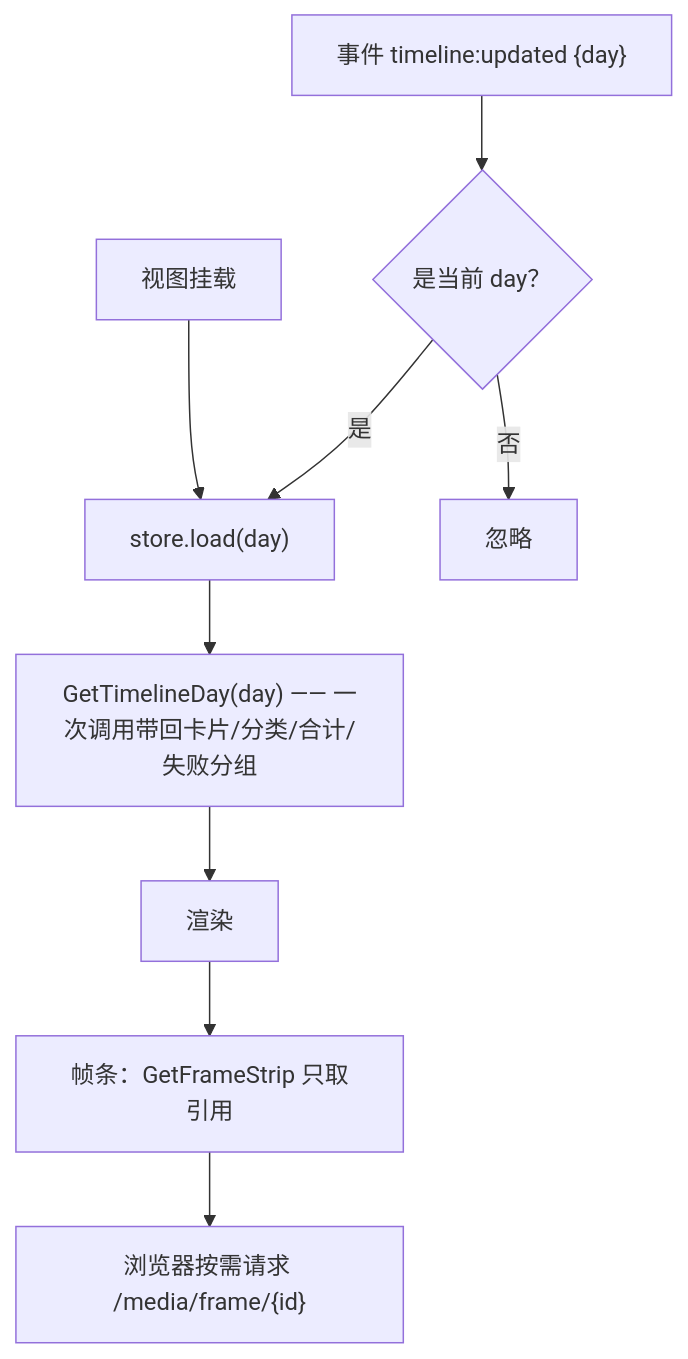
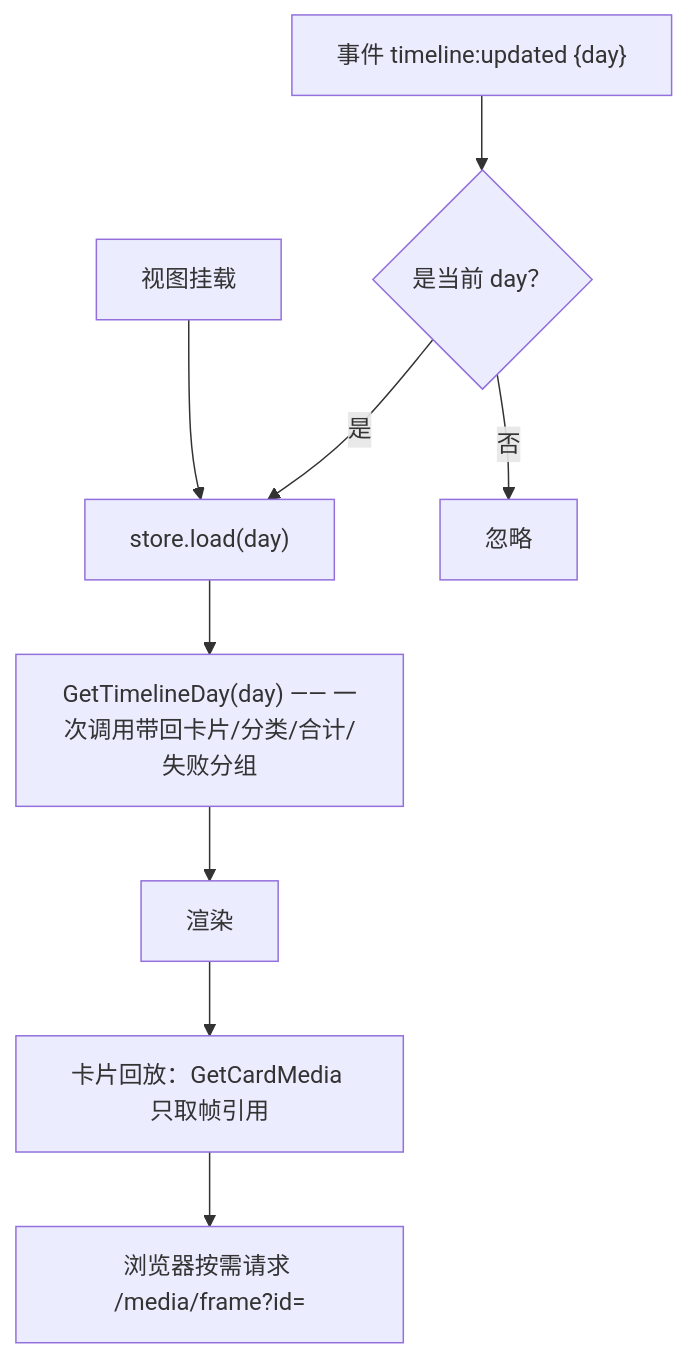
One commit to Jwz-git/Daygo changed the fourth of 4 diagrams in docs/04-data-flow.md. Above: the diagram before and after it, drawn with Mermaid. The commit also changed other lines of this file and 76 other files, not shown here.

````diff
--- a/docs/04-data-flow.md
+++ b/docs/04-data-flow.md
@@ -285,11 +287,11 @@
 ```mermaid
 flowchart TD
     V["视图挂载"] --> S["store.load(day)"]
     S --> G["GetTimelineDay(day) —— 一次调用带回卡片/分类/合计/失败分组"]
     G --> R["渲染"]
     E["事件 timeline:updated {day}"] --> C{"是当前 day？"}
     C -->|是| S
     C -->|否| N["忽略"]
-    R --> F["帧条：GetFrameStrip 只取引用"]
-    F --> H["浏览器按需请求 /media/frame/{id}"]
+    R --> F["卡片回放：GetCardMedia 只取帧引用"]
+    F --> H["浏览器按需请求 /media/frame?id="]
 ```
````
